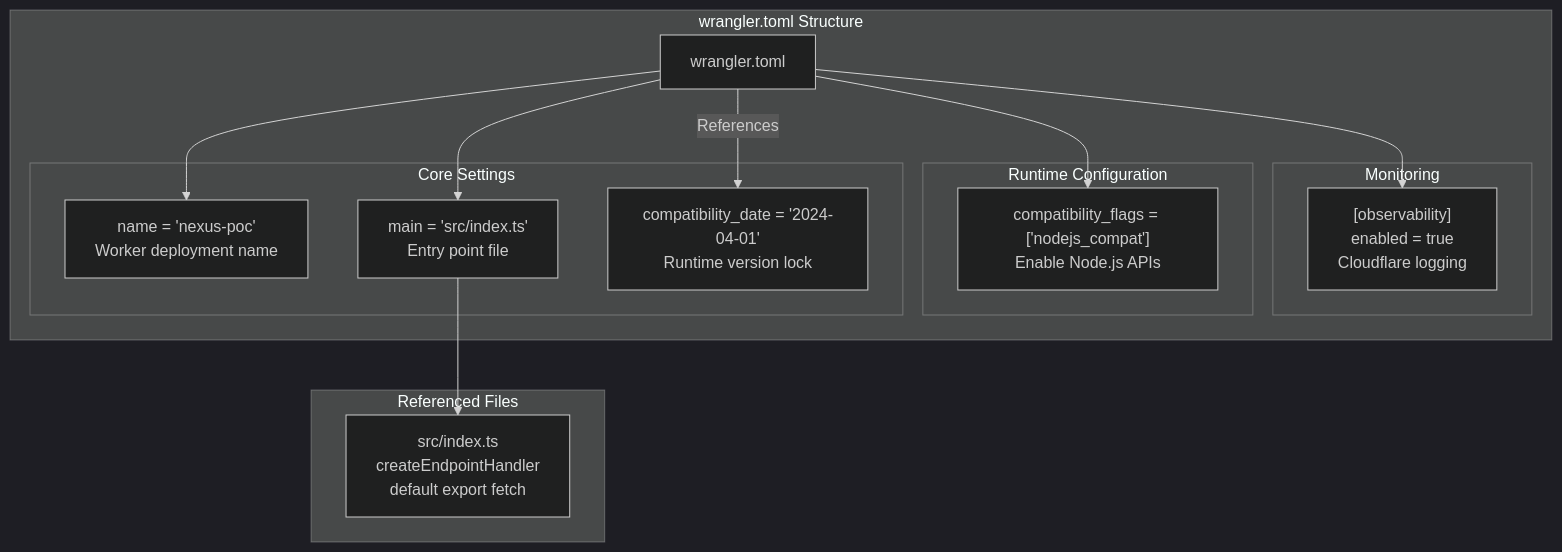
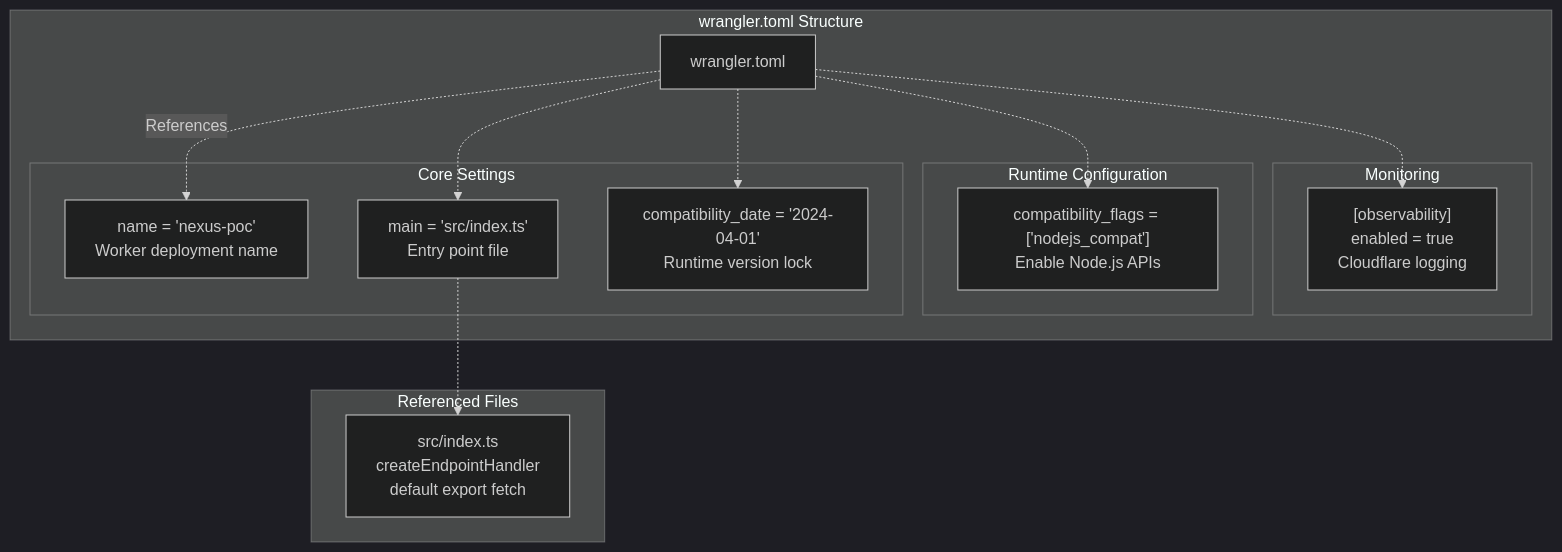
The first of 4 diagrams in docs/deepwiki/Wrangler-Configuration.md (philipz/restate-cloudflare-workers-poc), drawn with Mermaid (dark theme) before and after one commit. The commit also changed other lines of this file and 27 other files, not shown here.

````diff
--- a/docs/deepwiki/Wrangler-Configuration.md
+++ b/docs/deepwiki/Wrangler-Configuration.md
@@ -21,40 +21,40 @@
 ```mermaid
 flowchart TD
 
 File["wrangler.toml"]
 Name["name = 'nexus-poc'<br>Worker deployment name"]
 Main["main = 'src/index.ts'<br>Entry point file"]
 CompatDate["compatibility_date = '2024-04-01'<br>Runtime version lock"]
 CompatFlags["compatibility_flags = ['nodejs_compat']<br>Enable Node.js APIs"]
 Observability["[observability]<br>enabled = true<br>Cloudflare logging"]
 IndexTS["src/index.ts<br>createEndpointHandler<br>default export fetch"]
 
-Main --> IndexTS
+Main -.-> IndexTS
 
 subgraph subGraph4 ["Referenced Files"]
     IndexTS
 end
 
 subgraph subGraph3 ["wrangler.toml Structure"]
     File
-    File --> Name
-    File --> Main
-    File -->|"References"| CompatDate
-    File --> CompatFlags
-    File --> Observability
+    File -.->|"References"| Name
+    File -.-> Main
+    File -.-> CompatDate
+    File -.-> CompatFlags
+    File -.-> Observability
 
 subgraph Monitoring ["Monitoring"]
     Observability
 end
 
 subgraph subGraph1 ["Runtime Configuration"]
     CompatFlags
 end
 
 subgraph subGraph0 ["Core Settings"]
     Name
     Main
     CompatDate
 end
 end
 ```
````
